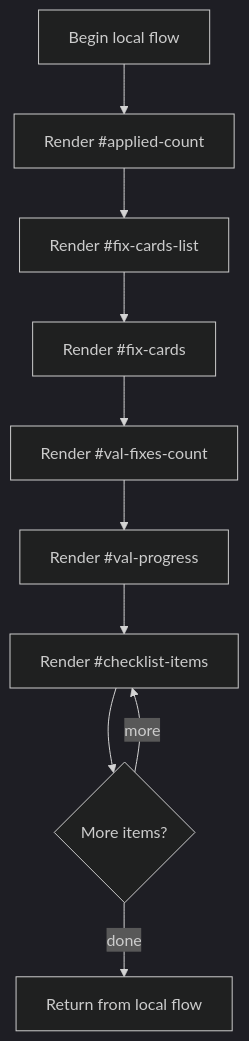
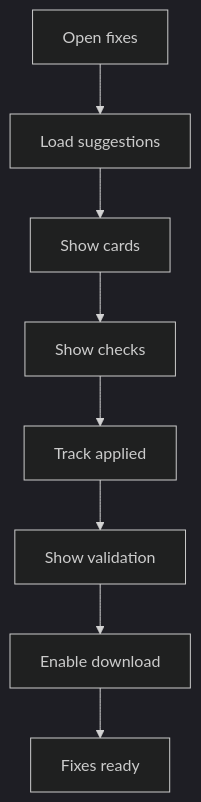
The diagram in docs/Codebase/Frontend/pages/fix-suggestions.html.md (JohnAndrewBalbarosa/NeoTerritory), drawn with Mermaid (dark theme) before and after one commit. The commit also changed other lines of this file and 31 other files, not shown here.

````diff
--- a/docs/Codebase/Frontend/pages/fix-suggestions.html.md
+++ b/docs/Codebase/Frontend/pages/fix-suggestions.html.md
@@ -21,21 +21,18 @@
 ```mermaid
 flowchart TD
-    Start["Begin local flow"]
-    N0["Render #applied-count"]
-    N1["Render #fix-cards-list"]
-    N2["Render #fix-cards"]
-    N3["Render #val-fixes-count"]
-    N4["Render #val-progress"]
-    N5["Render #checklist-items"]
-    L5{"More items?"}
-    End["Return from local flow"]
+    Start["Open fixes"]
+    N0["Load suggestions"]
+    N1["Show cards"]
+    N2["Show checks"]
+    N3["Track applied"]
+    N4["Show validation"]
+    N5["Enable download"]
+    End["Fixes ready"]
     Start --> N0
     N0 --> N1
     N1 --> N2
     N2 --> N3
     N3 --> N4
     N4 --> N5
-    N5 --> L5
-    L5 -->|more| N5
-    L5 -->|done| End
+    N5 --> End
 ```
````
